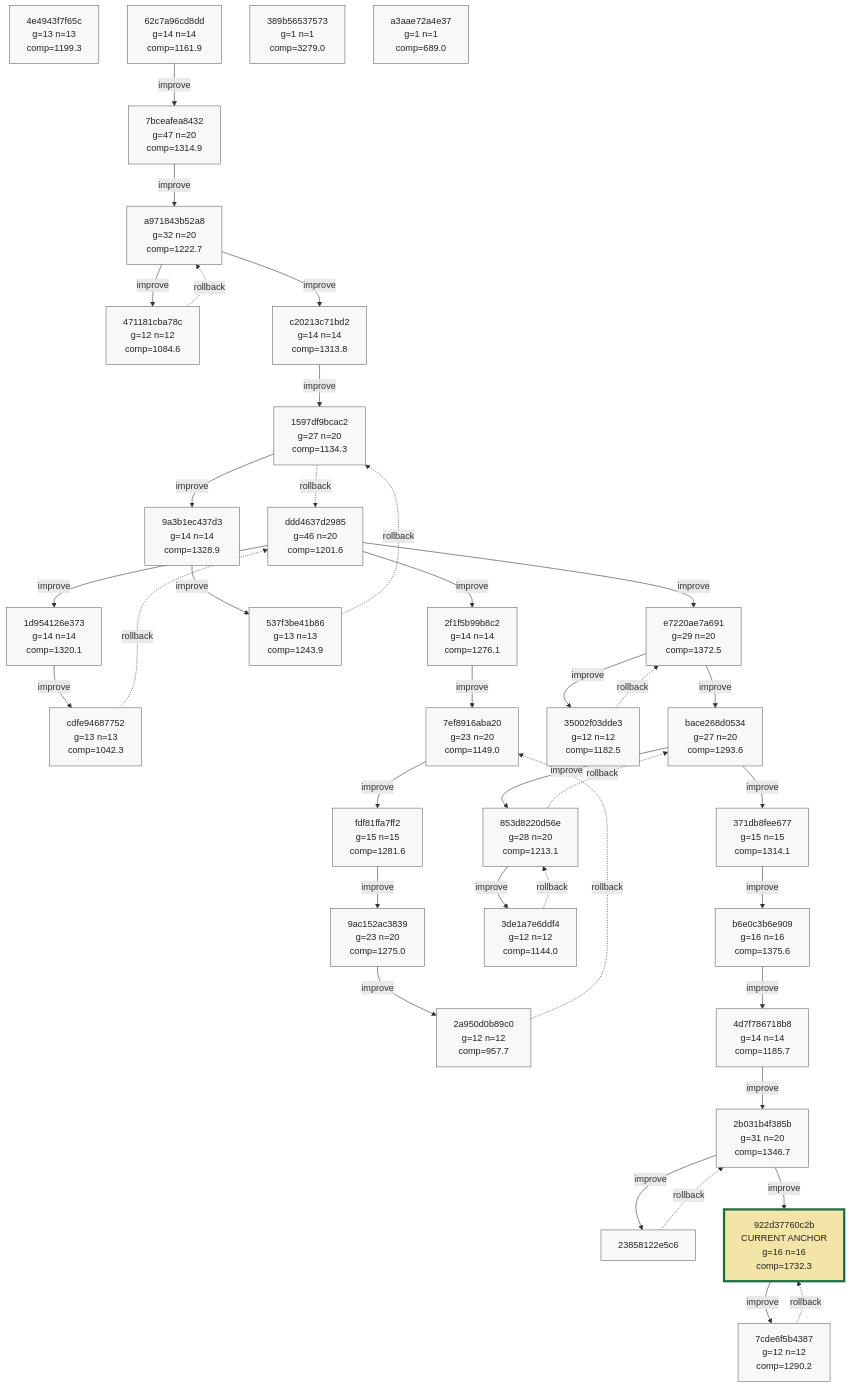
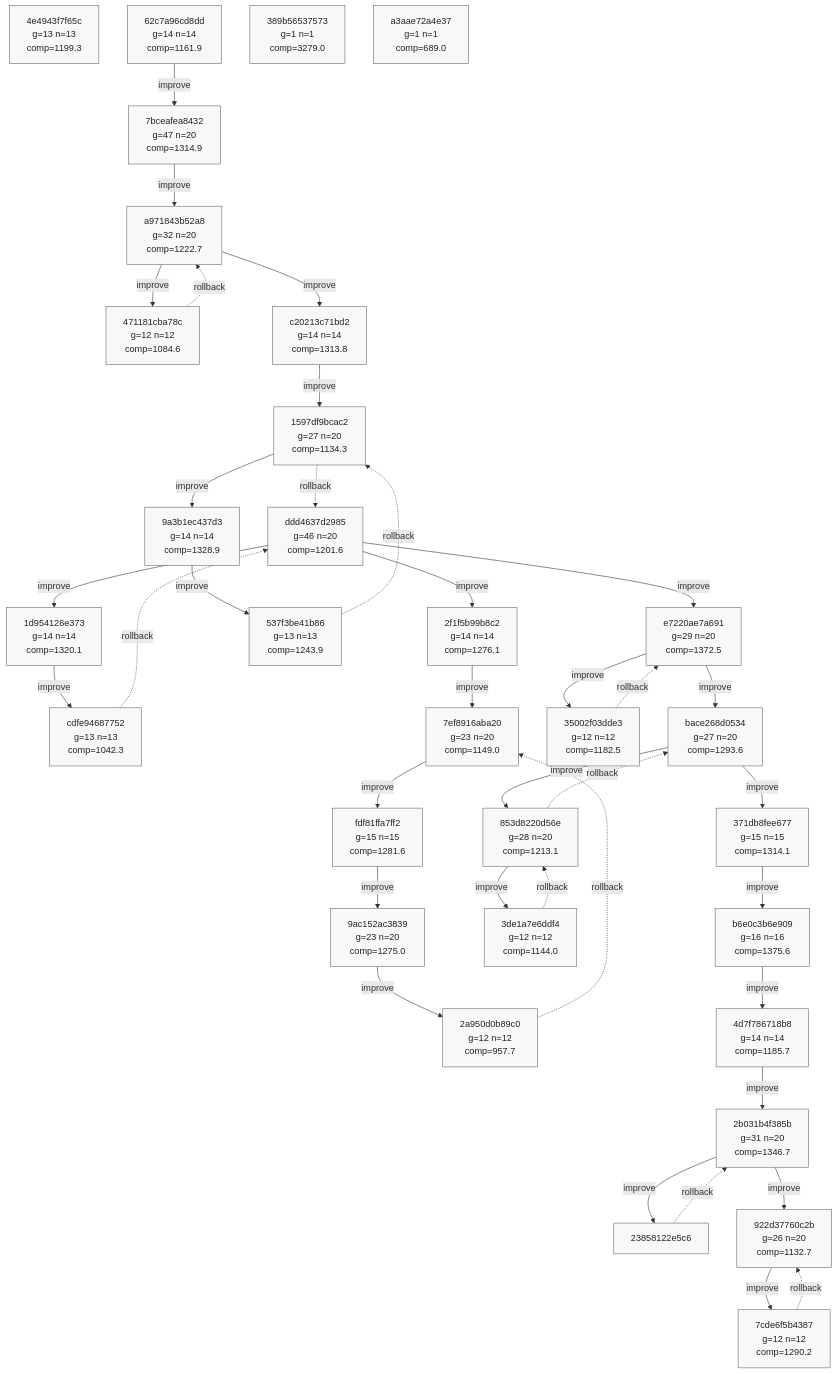
Before and after one commit to azumag/soviet_now: the ninth of 9 diagrams in phyrogenetic-tree.md, drawn with Mermaid. The commit also changed other lines of this file and 2 other files, not shown here.

```diff
--- a/phyrogenetic-tree.md
+++ b/phyrogenetic-tree.md
@@ -2260,7 +2263,7 @@
     h_4d7f786718b8["4d7f786718b8<br/>g=14 n=14<br/>comp=1185.7"]
     h_2b031b4f385b["2b031b4f385b<br/>g=31 n=20<br/>comp=1346.7"]
     h_23858122e5c6["23858122e5c6"]
-    h_922d37760c2b["922d37760c2b<br/>CURRENT ANCHOR<br/>g=16 n=16<br/>comp=1732.3"]
+    h_922d37760c2b["922d37760c2b<br/>g=26 n=20<br/>comp=1132.7"]
     h_7cde6f5b4387["7cde6f5b4387<br/>g=12 n=12<br/>comp=1290.2"]
     h_389b56537573["389b56537573<br/>g=1 n=1<br/>comp=3279.0"]
     h_a3aae72a4e37["a3aae72a4e37<br/>g=1 n=1<br/>comp=689.0"]
@@ -2334,7 +2337,7 @@
     class h_4d7f786718b8 plain;
     class h_2b031b4f385b plain;
     class h_23858122e5c6 plain;
-    class h_922d37760c2b current_anchor;
+    class h_922d37760c2b plain;
     class h_7cde6f5b4387 plain;
     class h_389b56537573 plain;
     class h_a3aae72a4e37 plain;
```
